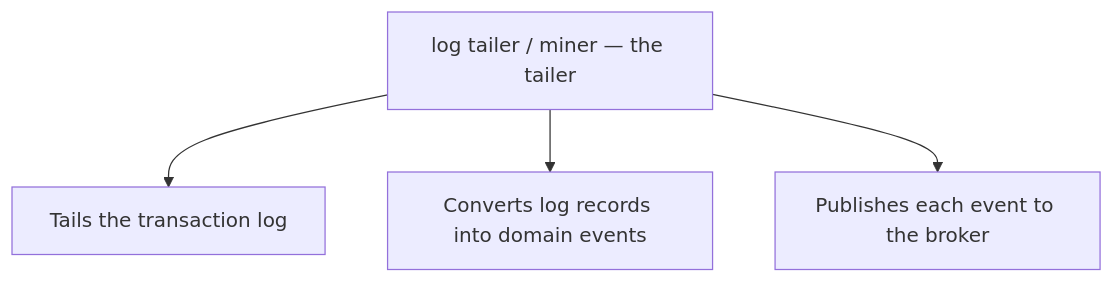
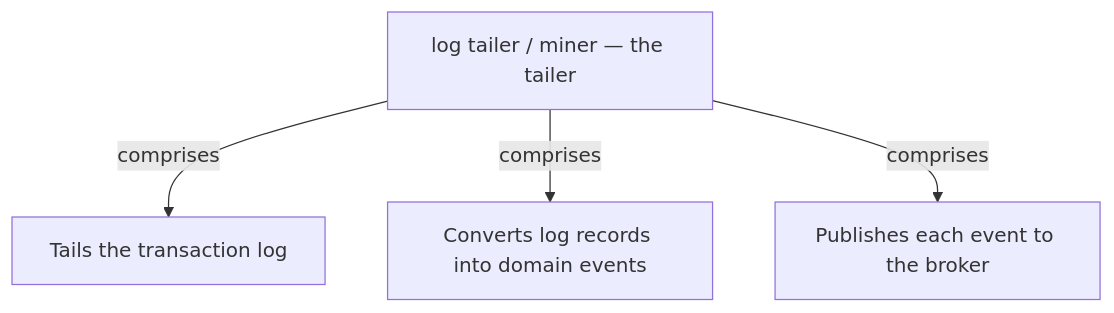
Before and after one commit to vinayakuber/microservices-io-study-guide: the fifth of 13 diagrams in docs/ch13-transaction-log-tailing.md, drawn with Mermaid. The commit also changed other lines of this file and 71 other files, not shown here.

First line of the commit message:
R18: label every diagram arrow with its meaning

````diff
--- a/docs/ch13-transaction-log-tailing.md
+++ b/docs/ch13-transaction-log-tailing.md
@@ -197,7 +197,7 @@
 ```mermaid
 flowchart TD
   R["log tailer / miner — the tailer"]
-  R --> P0["Tails the transaction log"]
-  R --> P1["Converts log records into domain events"]
-  R --> P2["Publishes each event to the broker"]
+  R -->|"comprises"| P0["Tails the transaction log"]
+  R -->|"comprises"| P1["Converts log records into domain events"]
+  R -->|"comprises"| P2["Publishes each event to the broker"]
 ```
````
